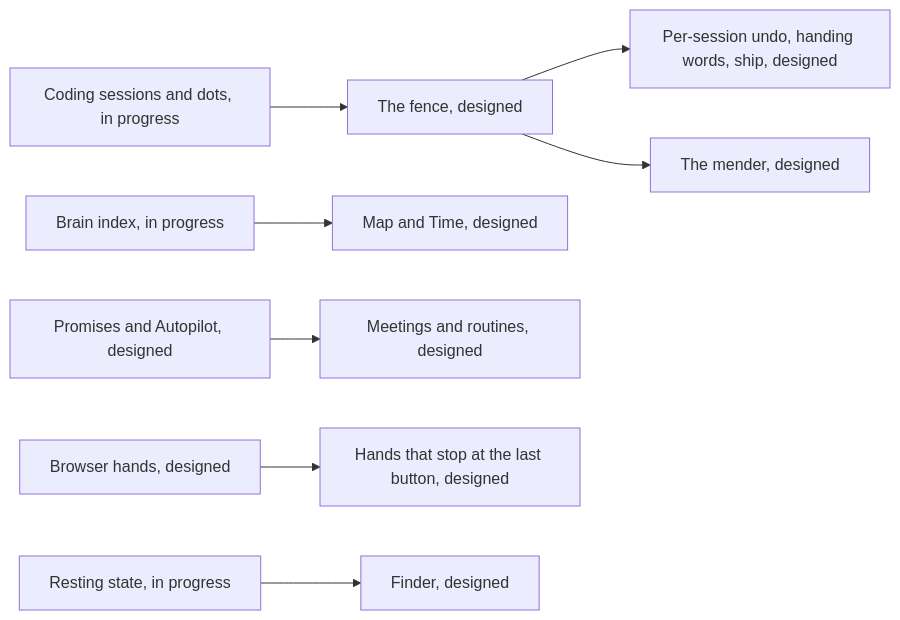
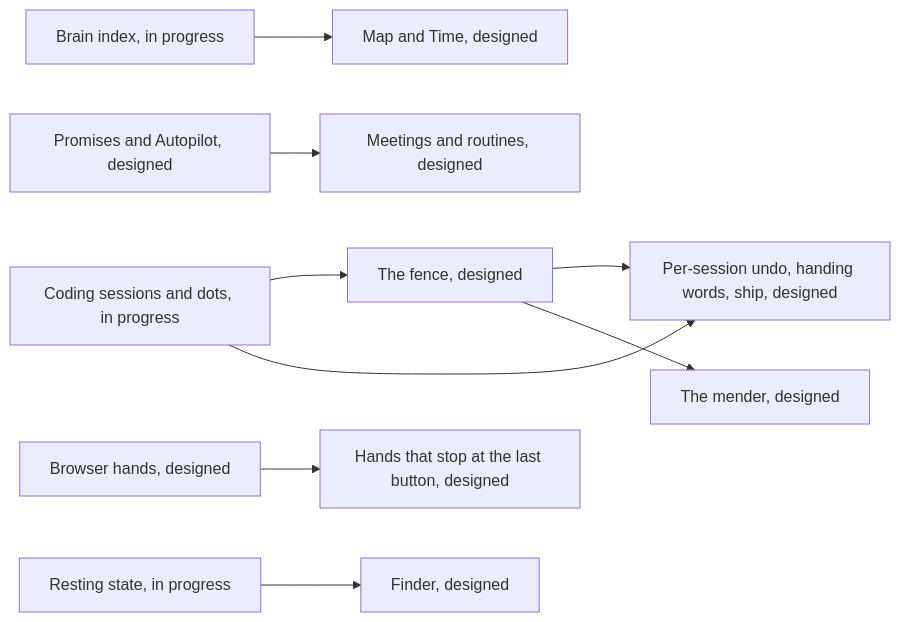
Before and after one commit to thedefaultman/Bombadil: the diagram in docs/roadmap.md, drawn with Mermaid. The commit also changed other lines of this file and 10 other files, not shown here.

````diff
--- a/docs/roadmap.md
+++ b/docs/roadmap.md
@@ -73,22 +76,23 @@
 ```mermaid
 flowchart LR
     S["Coding sessions and dots, in progress"]
     F["The fence, designed"]
     P["Per-session undo, handing words, ship, designed"]
     M["The mender, designed"]
     B["Brain index, in progress"]
     T["Map and Time, designed"]
     A["Promises and Autopilot, designed"]
     D["Meetings and routines, designed"]
     H["Browser hands, designed"]
     L["Hands that stop at the last button, designed"]
     R["Resting state, in progress"]
     N["Finder, designed"]
     S --> F
+    S --> P
     F --> P
     F --> M
     B --> T
     A --> D
     H --> L
     R --> N
 ```
````
